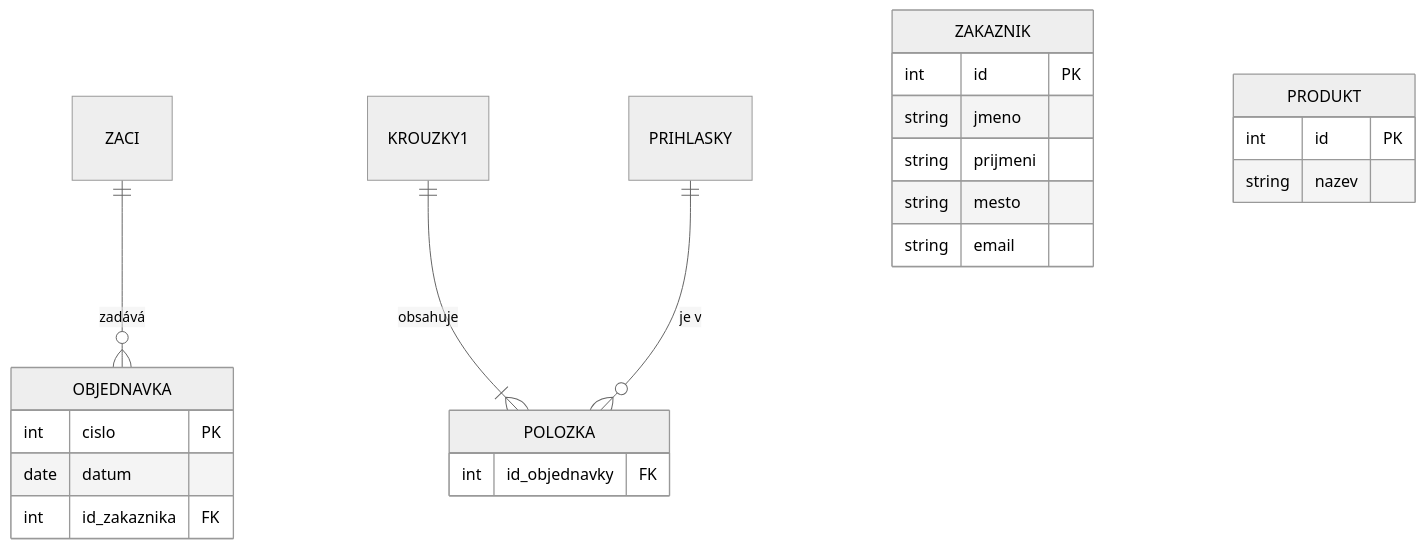
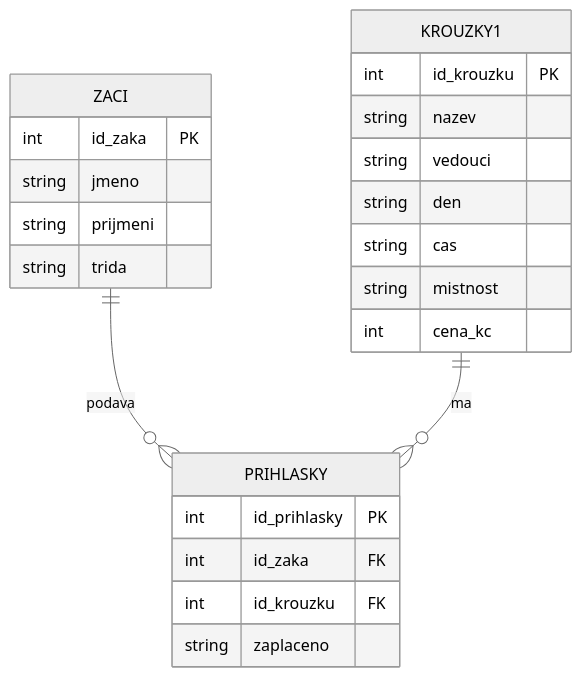
Before and after one commit to AnatoliyGaivoronskiy/as-2026: the diagram in 2026-10/sp1/README.md, drawn with Mermaid (neutral theme). The commit also changed other lines of this file, not shown here.

````diff
--- a/2026-10/sp1/README.md
+++ b/2026-10/sp1/README.md
@@ -15,26 +17,29 @@
 ```mermaid
 erDiagram
-    ZACI ||--o{ OBJEDNAVKA : "zadává"
-    KROUZKY1 ||--|{ POLOZKA : "obsahuje"
-    PRIHLASKY ||--o{ POLOZKA : "je v"
+    ZACI ||--o{ PRIHLASKY : "podava"
+    KROUZKY1 ||--o{ PRIHLASKY : "ma"
 
-    ZAKAZNIK {
-        int id PK
+    ZACI {
+        int id_zaka PK
         string jmeno
         string prijmeni
-        string mesto
-        string email
+        string trida
     }
-    OBJEDNAVKA {
-        int cislo PK
-        date datum
-        int id_zakaznika FK
+
+    KROUZKY1 {
+        int id_krouzku PK
+        string nazev
+        string vedouci
+        string den
+        string cas
+        string mistnost
+        int cena_kc
     }
-    PRODUKT {
-        int id PK
-        string nazev
-    }
-    POLOZKA {
-        int id_objednavky FK
+
+    PRIHLASKY {
+        int id_prihlasky PK
+        int id_zaka FK
+        int id_krouzku FK
+        string zaplaceno
     }
 ```
````
